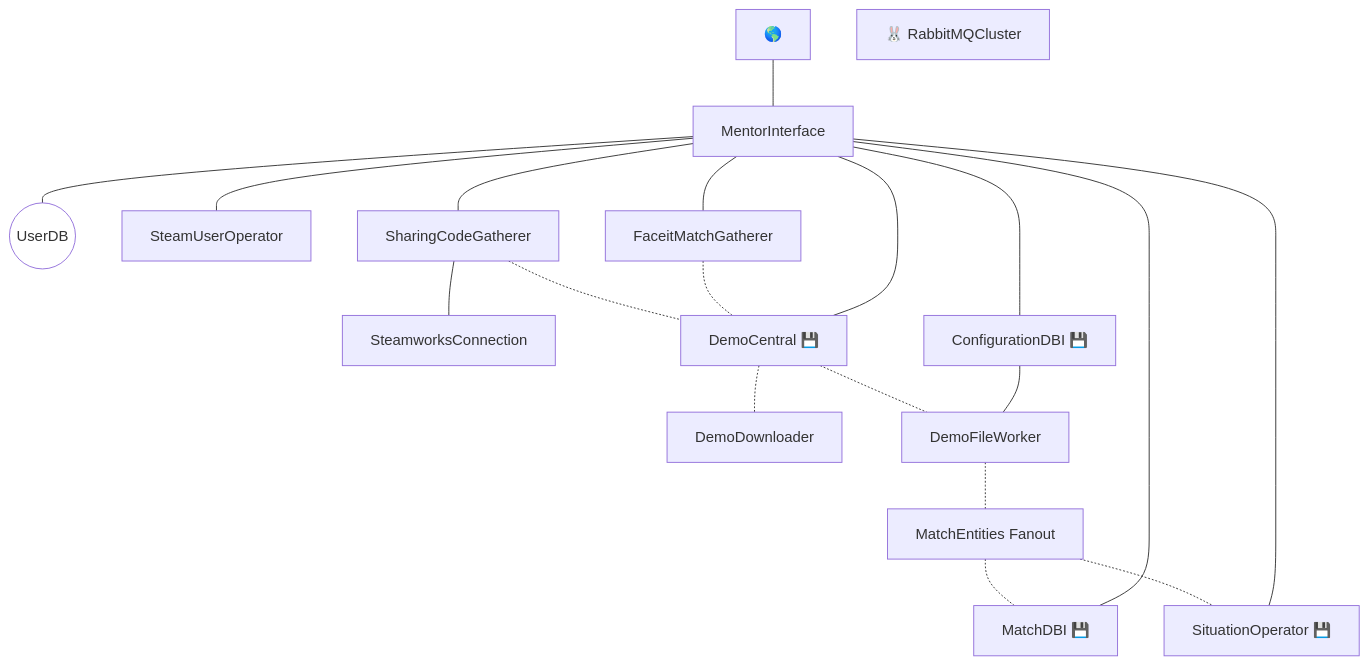
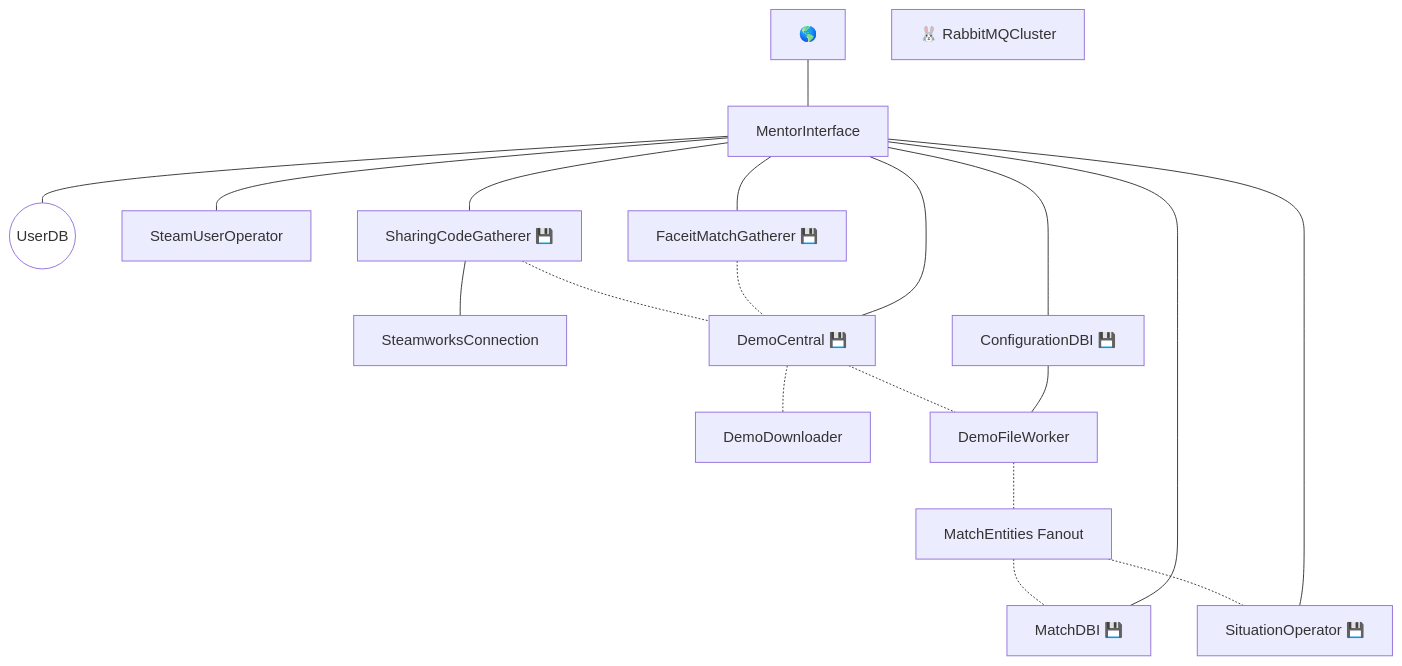
Before and after one commit to KieronKretschmar/MentorGG_Overview: the first of 2 diagrams in README.md, drawn with Mermaid. The commit also changed other lines of this file, not shown here.

````diff
--- a/README.md
+++ b/README.md
@@ -39,50 +39,50 @@
 ```mermaid
 graph TD;
     I["🌎"] --- MI
     MI --- UDB((UserDB));
     
     MI --- SUO[SteamUserOperator];
     
-    MI --- SCO[SharingCodeGatherer];
+    MI --- SCO["SharingCodeGatherer 💾"];
     SCO --- SWC[SteamworksConnection];
     SCO -.- DC;
     
-    MI --- FG[FaceitMatchGatherer];
+    MI --- FG["FaceitMatchGatherer 💾"];
     FG -.- DC;
     
     
     MI --- CDBI["ConfigurationDBI 💾"];
     
     MI[MentorInterface] --- DC["DemoCentral 💾"];
     DC -.- DD[DemoDownloader];
     DC -.- DFW[DemoFileWorker];
     DFW -.- MEF["MatchEntities Fanout"];
     MEF -.- MDBI;
     MEF -.- SO;
     
     CDBI --- DFW;
 
     MI --- MDBI["MatchDBI 💾"];
     MI --- SO["SituationOperator 💾"];
 
     RC["🐰 RabbitMQCluster"];
 
 
     classDef db fill:white;
     classDef queue fill:pink;
     class RFO queue;
     class UDB,SUDB,CDB,SDB,MDB db;
 
     click MI,UDB "https://gitlab.com/mentorgg/engine/mentor-interface";
     click SUO "https://gitlab.com/mentorgg/engine/steamuserprojects";
     click SCO,SWC "https://gitlab.com/mentorgg/csgo/sharingcodeprojects";
     click CDBI,CDB "https://gitlab.com/mentorgg/csgo/configurationdbi";
     click DC "https://gitlab.com/mentorgg/csgo/democentral";
     click FG "https://gitlab.com/mentorgg/csgo/faceitmatchgatherer";
     click DFW "https://gitlab.com/mentorgg/csgo/demofileworker";
     click DD "https://gitlab.com/mentorgg/csgo/demodownloader";
     click MDBI,MDB "https://gitlab.com/mentorgg/csgo/matchdbi";
     click RC "https://gitlab.com/mentorgg/engine/rabbitmqcluster";
     click MEF "https://gitlab.com/mentorgg/csgo/matchentities";
     click SO,SDB "https://gitlab.com/mentorgg/csgo/situationsoperator";
 ```
````
